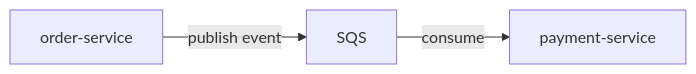
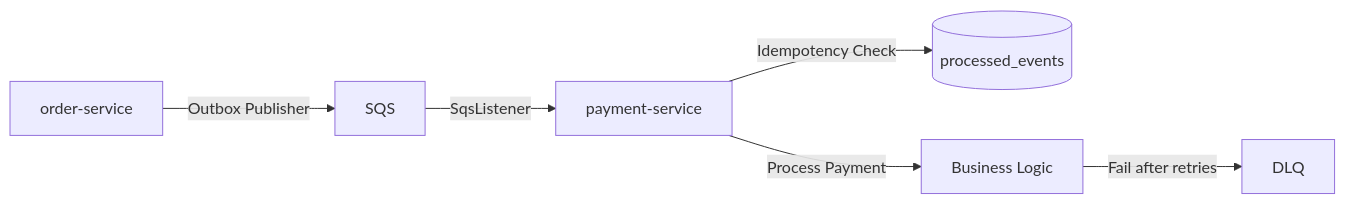
The diagram in README.md (IgorVHau/order-processing-api), drawn with Mermaid before and after one commit. The commit also changed other lines of this file, not shown here.

````diff
--- a/README.md
+++ b/README.md
@@ -40,5 +41,10 @@
 ```mermaid
 flowchart LR
-    A[order-service] -->|publish event| B[SQS]
-    B -->|consume| C[payment-service]
-```
+    A[order-service] -->|Outbox Publisher| B[SQS]
+    B -->|SqsListener| C[payment-service]
+
+    C -->|Idempotency Check| D[(processed_events)]
+    C -->|Process Payment| E[Business Logic]
+
+    E -->|Fail after retries| F[DLQ]
+  ```
````
